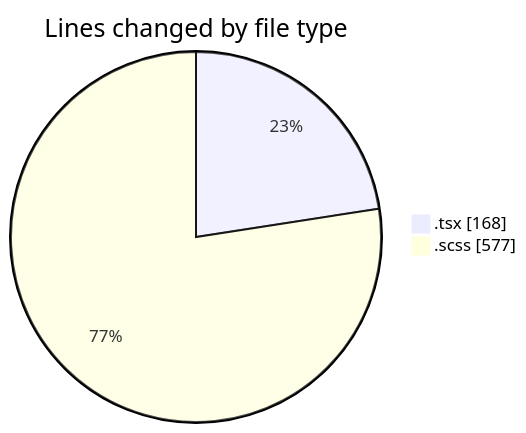
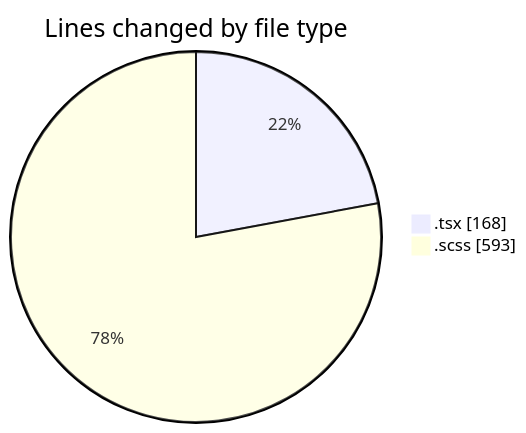
The first of 2 diagrams in 2025-03-27/cda/README.md (momahboobian/code-tracking), drawn with Mermaid before and after one commit. The commit also changed other lines of this file and 1 other file, not shown here.

````diff
--- a/2025-03-27/cda/README.md
+++ b/2025-03-27/cda/README.md
@@ -21,6 +21,6 @@
 ```mermaid
 pie showData
 title Lines changed by file type
 ".tsx" : 168
-".scss" : 577
+".scss" : 593
 ```
````
